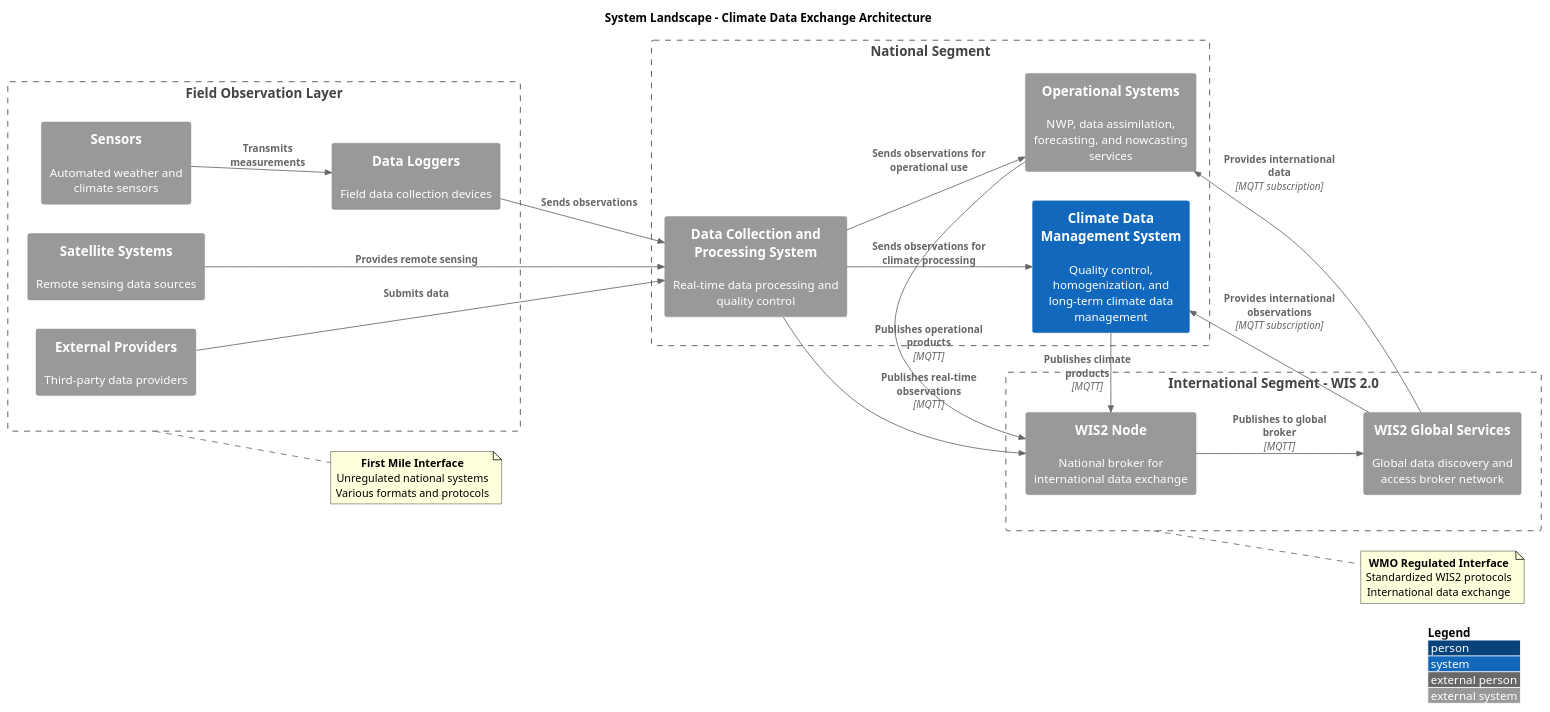
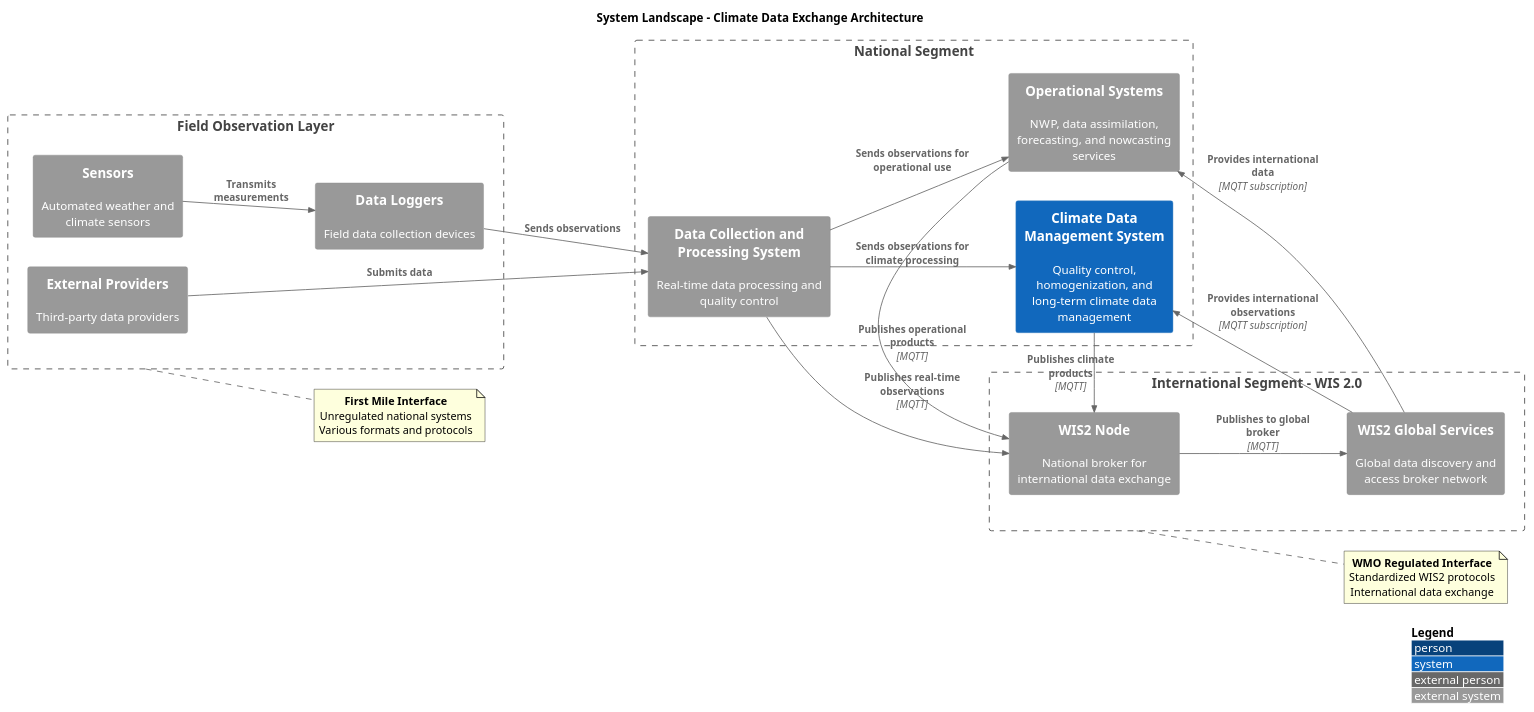
Before and after one commit to wmo-im/cdms-functional-requirements: the diagram in standard/figures/c4_level_0.puml, drawn with PlantUML. The commit also changed 17 other files, not shown here.

```diff
--- a/standard/figures/c4_level_0.puml
+++ b/standard/figures/c4_level_0.puml
@@ -1,62 +1,60 @@
 @startuml
 !include https://raw.githubusercontent.com/plantuml-stdlib/C4-PlantUML/master/C4_Context.puml
 
 LAYOUT_WITH_LEGEND()
 LAYOUT_LEFT_RIGHT()
 
 title System Landscape - Climate Data Exchange Architecture
 
 ' Field Observation Systems (First Mile - Unregulated)
 Boundary(field, "Field Observation Layer") {
     System_Ext(sensor, "Sensors", "Automated weather and climate sensors")
     System_Ext(datalogger, "Data Loggers", "Field data collection devices")
-    System_Ext(satellite, "Satellite Systems", "Remote sensing data sources")
     System_Ext(external, "External Providers", "Third-party data providers")
 }
 
 ' National Processing Infrastructure
 Boundary(national, "National Segment") {
     System_Ext(dcps, "Data Collection and Processing System", "Real-time data processing and quality control")
     System(cdms, "Climate Data Management System", "Quality control, homogenization, and long-term climate data management")
     System_Ext(ops, "Operational Systems", "NWP, data assimilation, forecasting, and nowcasting services")
 }
 
 ' International Exchange Layer (WMO Regulated)
 Boundary(international, "International Segment - WIS 2.0") {
     System_Ext(wis2node, "WIS2 Node", "National broker for international data exchange")
     System_Ext(wis2global, "WIS2 Global Services", "Global data discovery and access broker network")
 }
 
 ' Field to National
 Rel(sensor, datalogger, "Transmits measurements")
 Rel(datalogger, dcps, "Sends observations")
-Rel(satellite, dcps, "Provides remote sensing")
 Rel(external, dcps, "Submits data")
 
 ' National Processing
 Rel(dcps, cdms, "Sends observations for climate processing")
 Rel(dcps, ops, "Sends observations for operational use")
 
 ' National to International
 Rel(dcps, wis2node, "Publishes real-time observations", "MQTT")
 Rel(cdms, wis2node, "Publishes climate products", "MQTT")
 Rel(ops, wis2node, "Publishes operational products", "MQTT")
 
 ' International Exchange
 Rel(wis2node, wis2global, "Publishes to global broker", "MQTT")
 Rel(wis2global, cdms, "Provides international observations", "MQTT subscription")
 Rel(wis2global, ops, "Provides international data", "MQTT subscription")
 
 note right of field
   **First Mile Interface**
   Unregulated national systems
   Various formats and protocols
 end note
 
 note right of international
   **WMO Regulated Interface**
   Standardized WIS2 protocols
   International data exchange
 end note
 
 @enduml
```
